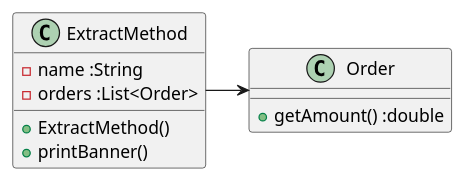
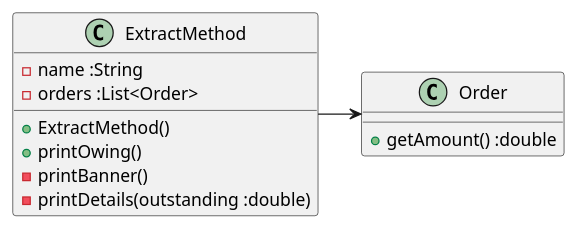
Before and after one commit to k2works/etude_for_java: the first of 2 diagrams in docs/src/refacotring_catalog.md, drawn with PlantUML. The commit also changed other lines of this file and 6 other files, not shown here.

````diff
--- a/docs/src/refacotring_catalog.md
+++ b/docs/src/refacotring_catalog.md
@@ -15,14 +15,16 @@
 ```puml
 @startuml
 class ExtractMethod {
   -name :String
   -orders :List<Order>
   +ExtractMethod()
-  +printBanner()
+  +printOwing()
+  -printBanner()
+  -printDetails(outstanding :double)
 }
 class Order {
   + getAmount() :double
 }
 ExtractMethod  -> Order
 @enduml
 ```
````
